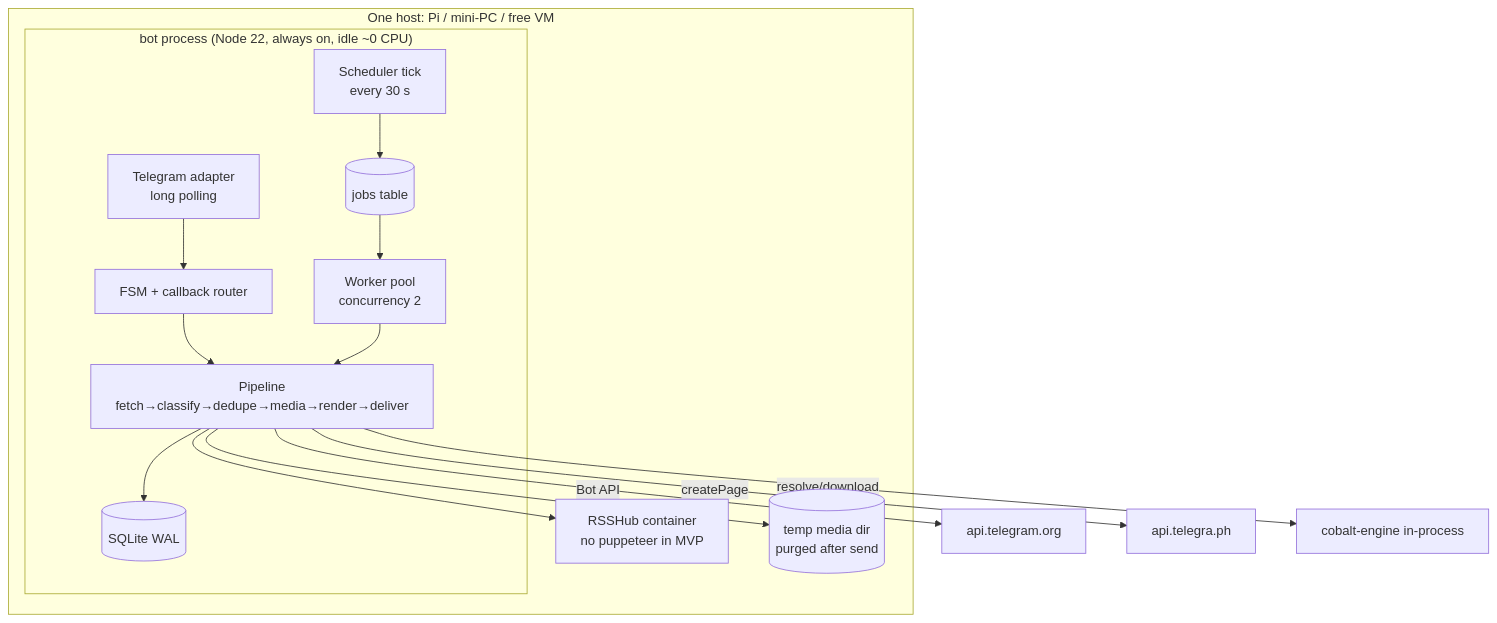
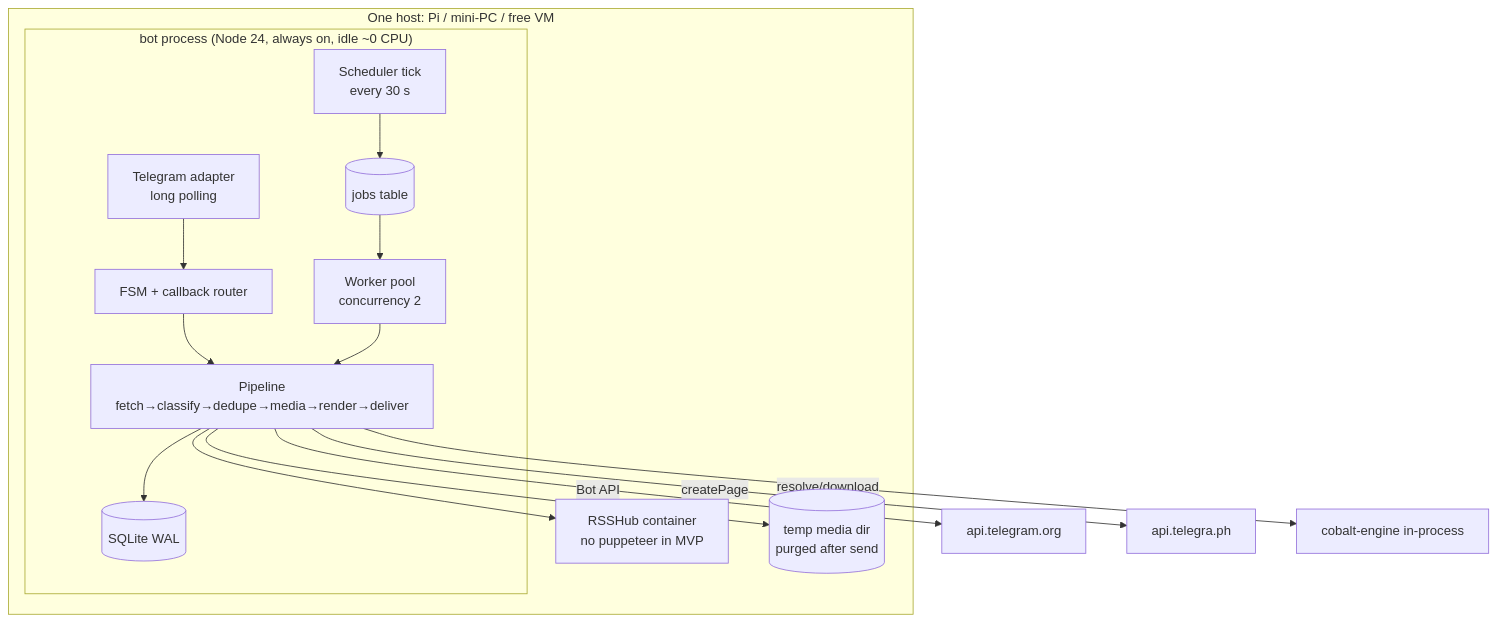
One commit to mishafhasan/feedberry-bot changed the second of 4 diagrams in docs/ARCHITECTURE.md. Above: the diagram before and after it, drawn with Mermaid. The commit also changed other lines of this file and 44 other files, not shown here.

````diff
--- a/docs/ARCHITECTURE.md
+++ b/docs/ARCHITECTURE.md
@@ -90,24 +90,24 @@
 ```mermaid
 flowchart TB
   subgraph Host["One host: Pi / mini-PC / free VM"]
-    subgraph Bot["bot process (Node 22, always on, idle ~0 CPU)"]
+    subgraph Bot["bot process (Node 24, always on, idle ~0 CPU)"]
       TG[Telegram adapter<br/>long polling]
       FSM[FSM + callback router]
       SCH[Scheduler tick<br/>every 30 s]
       Q[(jobs table)]
       WK[Worker pool<br/>concurrency 2]
       PIPE[Pipeline<br/>fetch→classify→dedupe→media→render→deliver]
       DB[(SQLite WAL)]
     end
     RH[RSSHub container<br/>no puppeteer in MVP]
     FS[(temp media dir<br/>purged after send)]
   end
   TG --> FSM --> PIPE
   SCH --> Q --> WK --> PIPE
   PIPE --> DB
   PIPE --> RH
   PIPE --> FS
   PIPE -->|Bot API| T[api.telegram.org]
   PIPE -->|createPage| TP[api.telegra.ph]
   PIPE -->|resolve/download| CE[cobalt-engine in-process]
 ```
````
